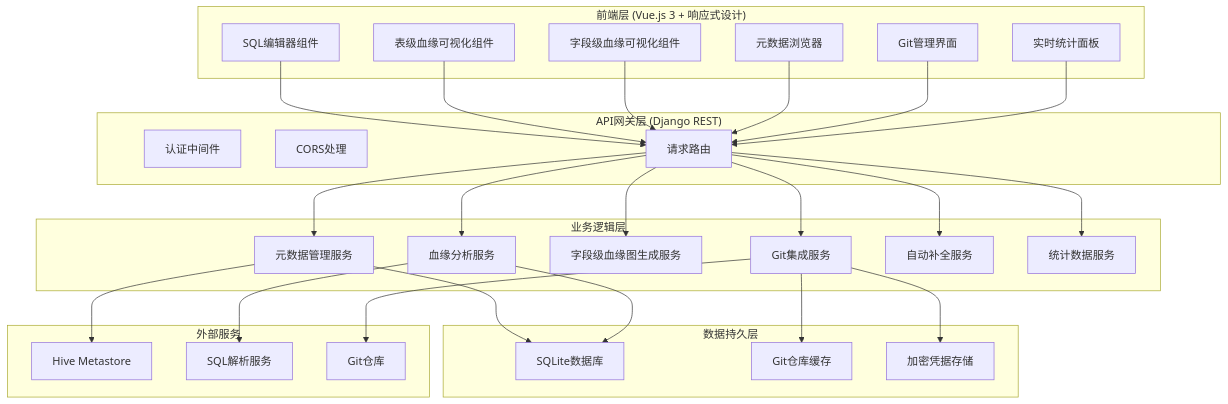
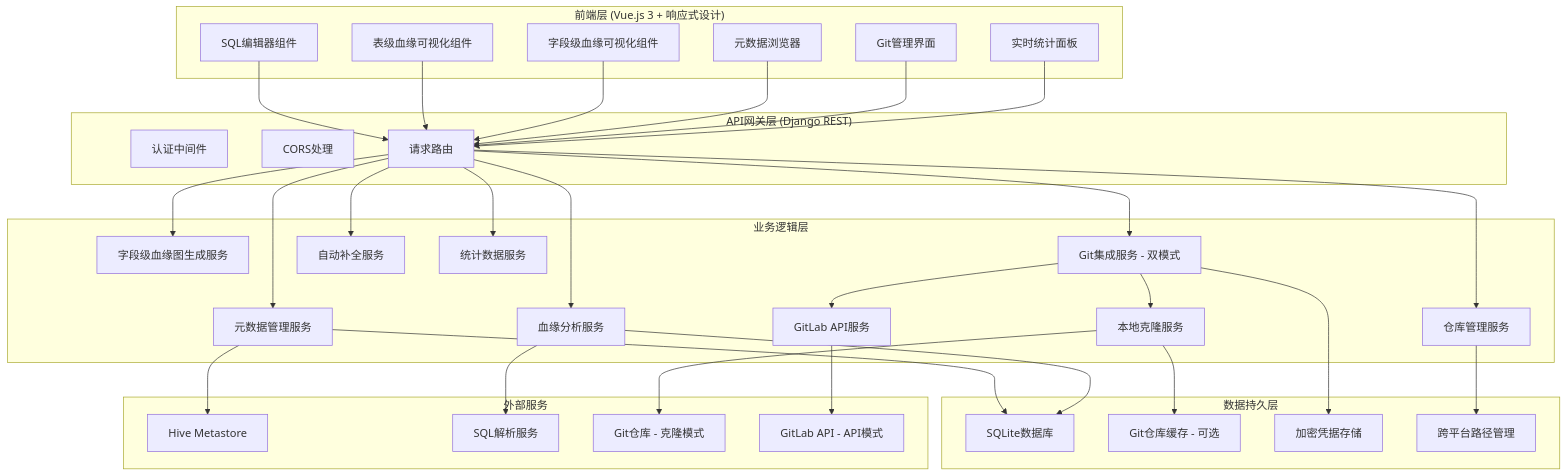
Before and after one commit to deletexiumu/sqlineage: the first of 5 diagrams in 项目开发逻辑详细说明.md, drawn with Mermaid. The commit also changed other lines of this file and 1 other file, not shown here.

````diff
--- a/项目开发逻辑详细说明.md
+++ b/项目开发逻辑详细说明.md
@@ -21,61 +24,72 @@
 ```mermaid
 graph TB
     subgraph "前端层 (Vue.js 3 + 响应式设计)"
         FE1[SQL编辑器组件]
         FE2[表级血缘可视化组件]
         FE2B[字段级血缘可视化组件]
         FE3[元数据浏览器]
         FE4[Git管理界面]
         FE5[实时统计面板]
     end
     
     subgraph "API网关层 (Django REST)"
         API1[认证中间件]
         API2[CORS处理]
         API3[请求路由]
     end
     
     subgraph "业务逻辑层"
         BL1[元数据管理服务]
         BL2[血缘分析服务]
         BL2B[字段级血缘图生成服务]
-        BL3[Git集成服务]
+        BL3[Git集成服务 - 双模式]
+        BL3A[本地克隆服务]
+        BL3B[GitLab API服务]
         BL4[自动补全服务]
         BL5[统计数据服务]
+        BL6[仓库管理服务]
     end
     
     subgraph "数据持久层"
         DB1[SQLite数据库]
-        DB2[Git仓库缓存]
+        DB2[Git仓库缓存 - 可选]
         DB3[加密凭据存储]
+        DB4[跨平台路径管理]
     end
     
     subgraph "外部服务"
         EXT1[Hive Metastore]
         EXT2[SQL解析服务]
-        EXT3[Git仓库]
+        EXT3[Git仓库 - 克隆模式]
+        EXT4[GitLab API - API模式]
     end
     
     FE1 --> API3
     FE2 --> API3
     FE2B --> API3
     FE3 --> API3
     FE4 --> API3
     FE5 --> API3
     
     API3 --> BL1
     API3 --> BL2
     API3 --> BL2B
     API3 --> BL3
     API3 --> BL4
     API3 --> BL5
+    API3 --> BL6
+    
+    BL3 --> BL3A
+    BL3 --> BL3B
     
     BL1 --> DB1
     BL2 --> DB1
-    BL3 --> DB2
+    BL3A --> DB2
     BL3 --> DB3
+    BL6 --> DB4
     
     BL1 --> EXT1
     BL2 --> EXT2
-    BL3 --> EXT3
+    BL3A --> EXT3
+    BL3B --> EXT4
 ```
````
